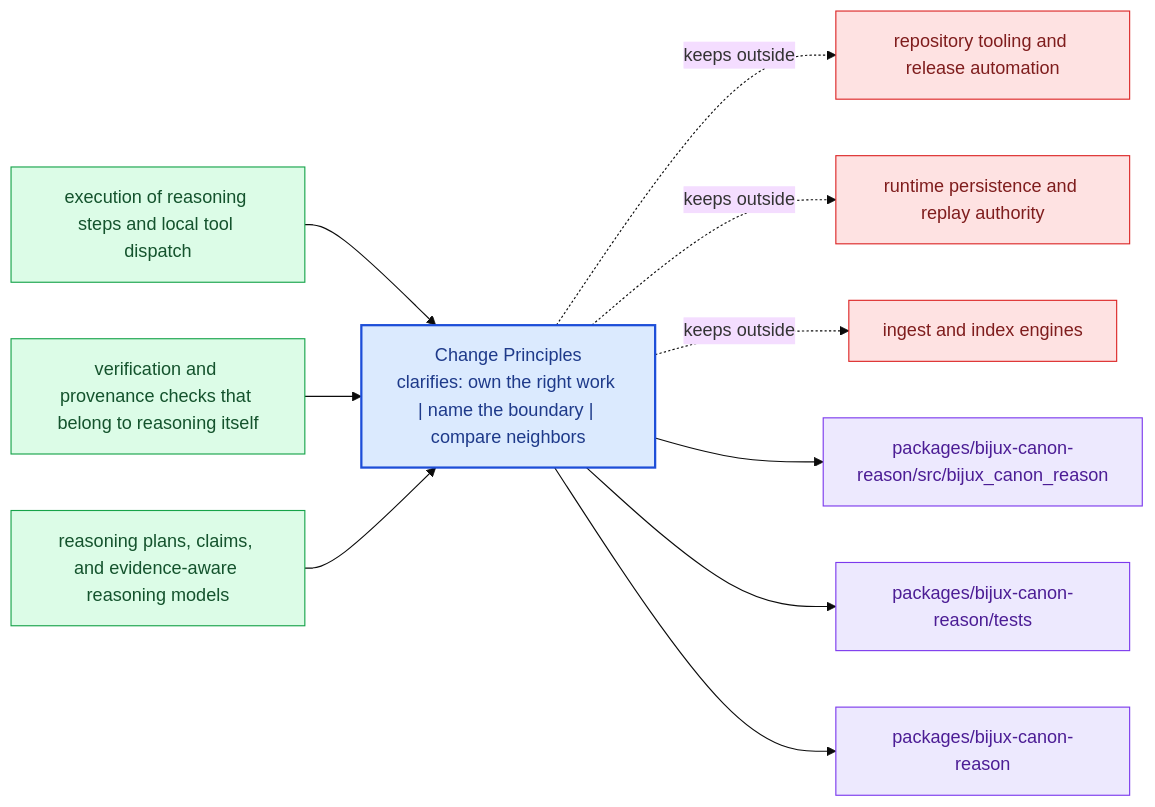
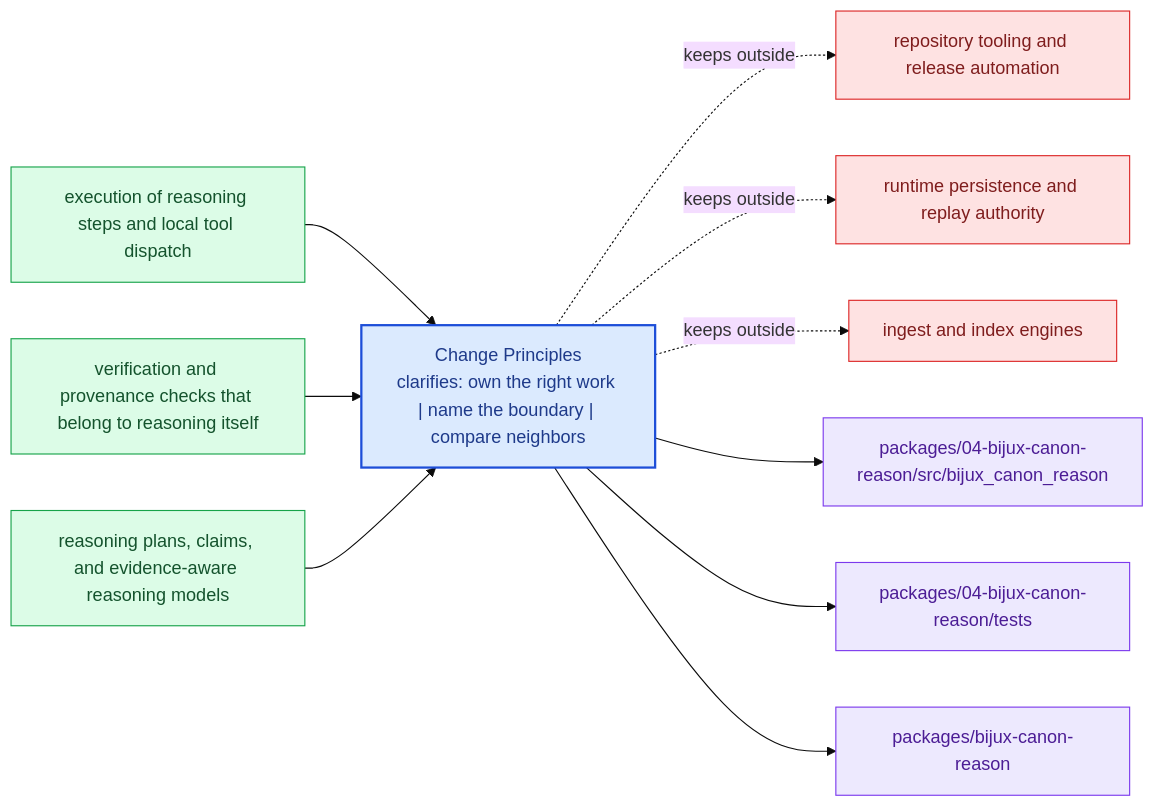
One commit to bijux/bijux-canon changed the diagram in docs/04-bijux-canon-reason/foundation/change-principles.md. Above: the diagram before and after it, drawn with Mermaid (base theme). The commit also changed other lines of this file and 167 other files, not shown here.

````diff
--- a/docs/04-bijux-canon-reason/foundation/change-principles.md
+++ b/docs/04-bijux-canon-reason/foundation/change-principles.md
@@ -24,31 +24,31 @@
 ```mermaid
 flowchart LR
     page["Change Principles<br/>clarifies: own the right work | name the boundary | compare neighbors"]
     classDef page fill:#dbeafe,stroke:#1d4ed8,color:#1e3a8a,stroke-width:2px;
     classDef positive fill:#dcfce7,stroke:#16a34a,color:#14532d;
     classDef caution fill:#fee2e2,stroke:#dc2626,color:#7f1d1d;
     classDef anchor fill:#ede9fe,stroke:#7c3aed,color:#4c1d95;
     classDef action fill:#fef3c7,stroke:#d97706,color:#7c2d12;
     own1["execution of reasoning steps and local tool dispatch"]
     own1 --> page
     own2["verification and provenance checks that belong to reasoning itself"]
     own2 --> page
     own3["reasoning plans, claims, and evidence-aware reasoning models"]
     own3 --> page
     limit1["repository tooling and release automation"]
     page -.keeps outside.-> limit1
     limit2["runtime persistence and replay authority"]
     page -.keeps outside.-> limit2
     limit3["ingest and index engines"]
     page -.keeps outside.-> limit3
-    anchor1["packages/bijux-canon-reason/src/bijux_canon_reason"]
+    anchor1["packages/04-bijux-canon-reason/src/bijux_canon_reason"]
     page --> anchor1
-    anchor2["packages/bijux-canon-reason/tests"]
+    anchor2["packages/04-bijux-canon-reason/tests"]
     page --> anchor2
     anchor3["packages/bijux-canon-reason"]
     page --> anchor3
     class page page;
     class own1,own2,own3 positive;
     class limit1,limit2,limit3 caution;
     class anchor1,anchor2,anchor3 anchor;
 ```
````
